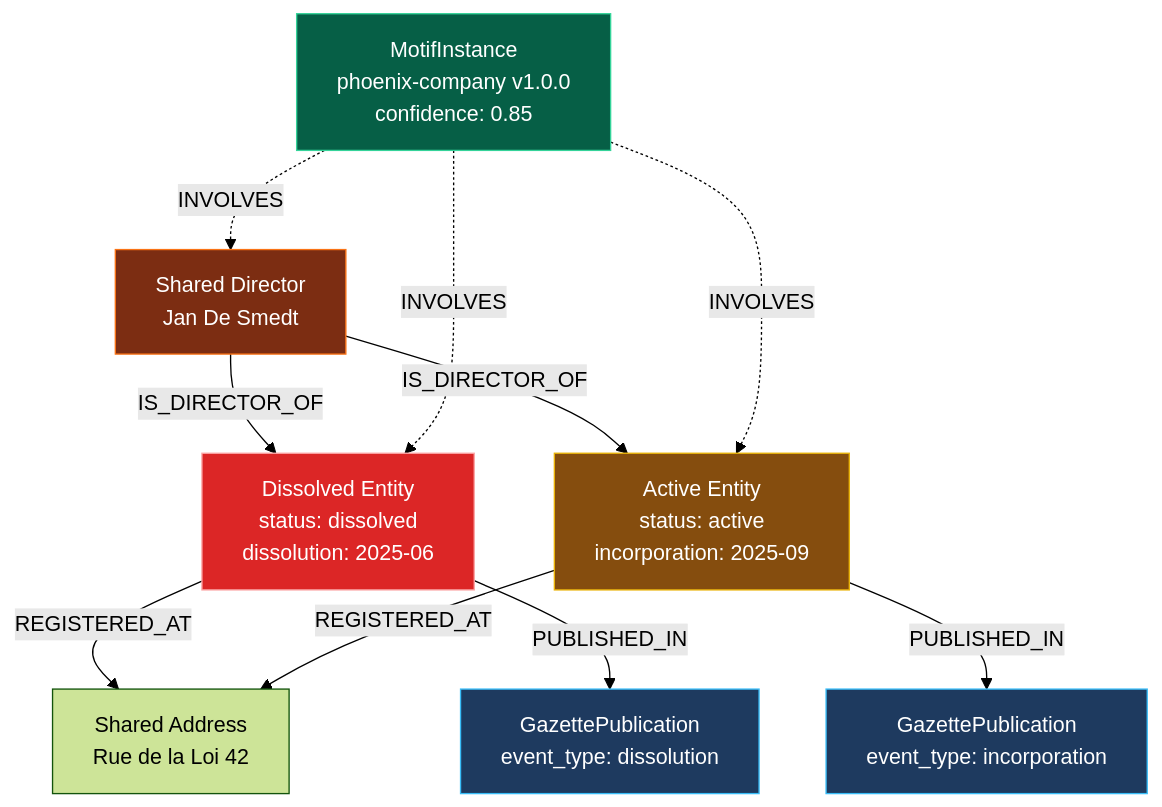
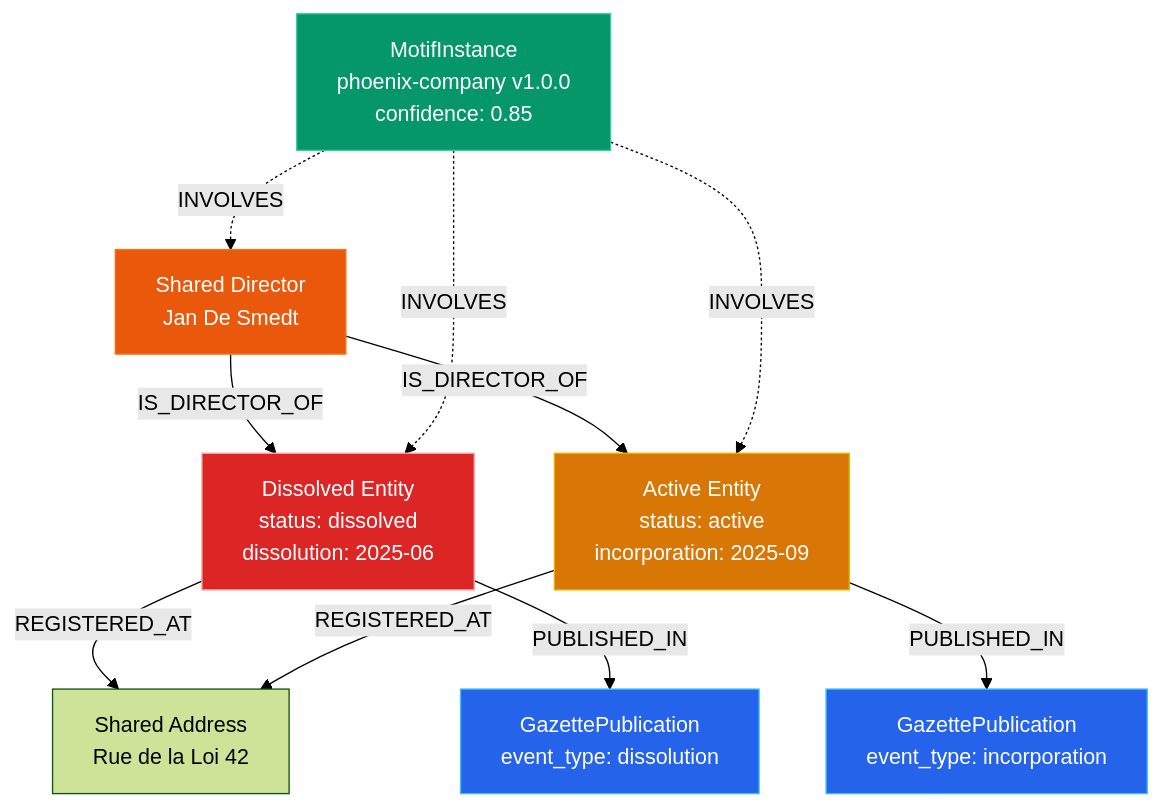
The third of 6 diagrams in docs/architecture/ontology-layer.md (Tsunami-max/trust-relay-docs), drawn with Mermaid (forest theme) before and after one commit. The commit also changed other lines of this file and 24 other files, not shown here.

````diff
--- a/docs/architecture/ontology-layer.md
+++ b/docs/architecture/ontology-layer.md
@@ -198,28 +198,28 @@
 ```mermaid
 graph TD
     D["Dissolved Entity<br/>status: dissolved<br/>dissolution: 2025-06"]
     A["Active Entity<br/>status: active<br/>incorporation: 2025-09"]
     P["Shared Director<br/>Jan De Smedt"]
     ADDR["Shared Address<br/>Rue de la Loi 42"]
     G1["GazettePublication<br/>event_type: dissolution"]
     G2["GazettePublication<br/>event_type: incorporation"]
 
     P -->|IS_DIRECTOR_OF| D
     P -->|IS_DIRECTOR_OF| A
     D -->|REGISTERED_AT| ADDR
     A -->|REGISTERED_AT| ADDR
     D -->|PUBLISHED_IN| G1
     A -->|PUBLISHED_IN| G2
 
     MI["MotifInstance<br/>phoenix-company v1.0.0<br/>confidence: 0.85"]
     MI -.->|INVOLVES| D
     MI -.->|INVOLVES| A
     MI -.->|INVOLVES| P
 
     style D fill:#dc2626,stroke:#fca5a5,color:#fff
-    style A fill:#854d0e,stroke:#eab308,color:#fff
-    style P fill:#7c2d12,stroke:#f97316,color:#fff
-    style G1 fill:#1e3a5f,stroke:#38bdf8,color:#fff
-    style G2 fill:#1e3a5f,stroke:#38bdf8,color:#fff
-    style MI fill:#065f46,stroke:#34d399,color:#fff
+    style A fill:#d97706,stroke:#eab308,color:#fff
+    style P fill:#ea580c,stroke:#f97316,color:#fff
+    style G1 fill:#2563eb,stroke:#38bdf8,color:#fff
+    style G2 fill:#2563eb,stroke:#38bdf8,color:#fff
+    style MI fill:#059669,stroke:#34d399,color:#fff
 ```
````
